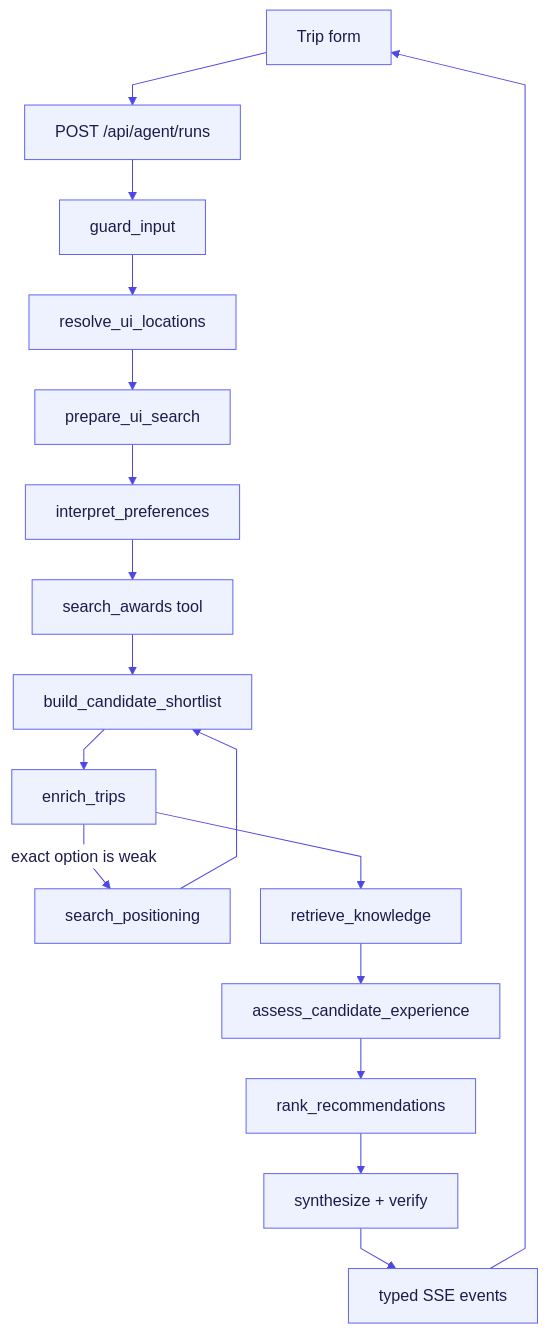
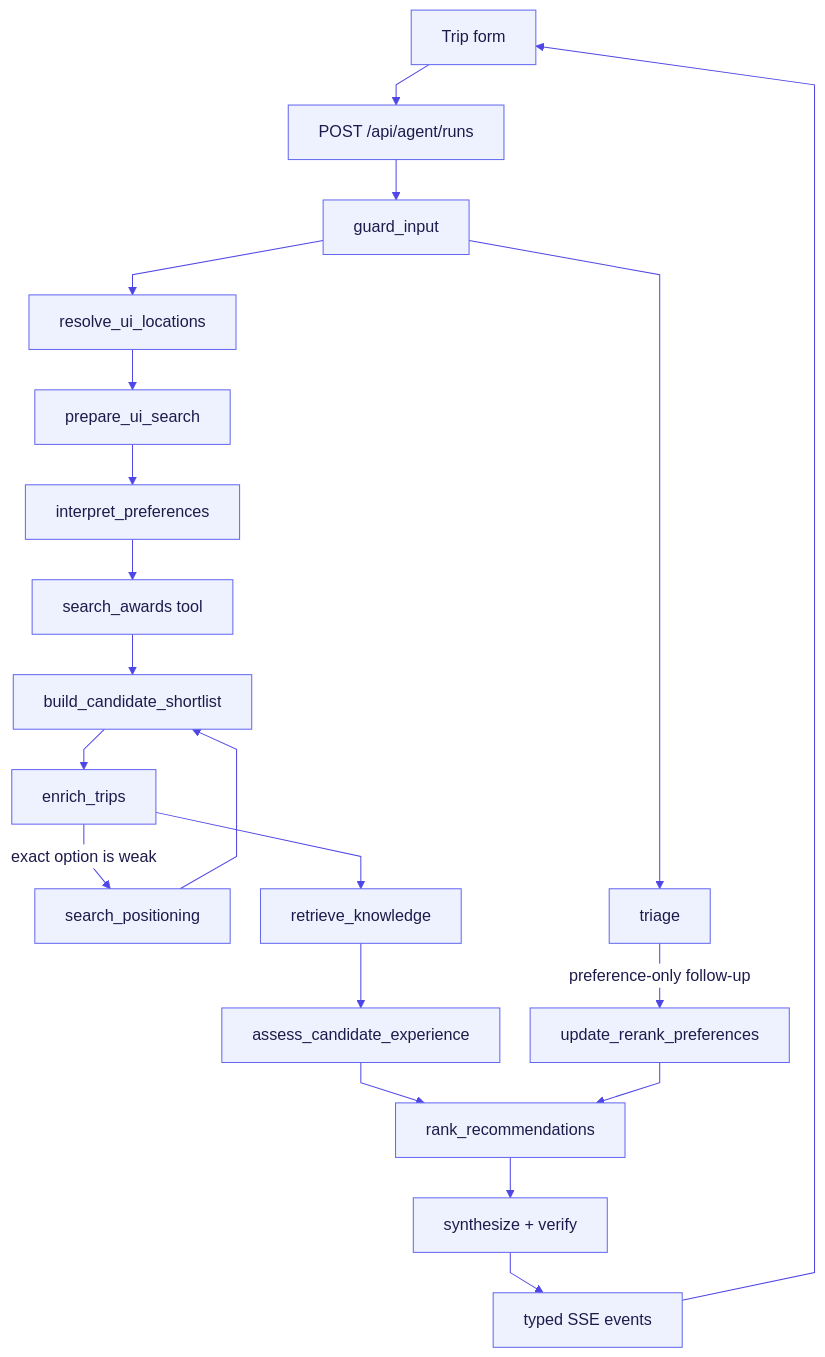
Before and after one commit to david-vest/award-travel-agent: the diagram in README.md, drawn with Mermaid. The commit also changed other lines of this file and 30 other files, not shown here.

Commit message:
feat: implement preference-only reranking to update results without triggering a new provider search

````diff
--- a/README.md
+++ b/README.md
@@ -44,36 +44,39 @@
 ```mermaid
 %%{init: {
   'theme': 'base',
   'themeVariables': {
     'primaryColor': '#eef2ff',
     'primaryTextColor': '#1e1b4b',
     'primaryBorderColor': '#6366f1',
     'lineColor': '#4f46e5',
     'textColor': '#1e1b4b',
     'edgeLabelBackground': '#ffffff',
     'fontSize': '16px'
   },
   'flowchart': {
     'nodeSpacing': 30,
     'rankSpacing': 40,
     'curve': 'linear'
   }
 }}%%
 flowchart TD
   UI["Trip form"] --> API["POST /api/agent/runs"]
   API --> Guard["guard_input"]
   Guard --> Resolve["resolve_ui_locations"]
   Resolve --> Form["prepare_ui_search"]
   Form --> Preferences["interpret_preferences"]
   Preferences --> Search["search_awards tool"]
   Search --> Shortlist["build_candidate_shortlist"]
   Shortlist --> Enrich["enrich_trips"]
   Enrich -->|"exact option is weak"| Position["search_positioning"]
   Position --> Shortlist
   Enrich --> RAG["retrieve_knowledge"]
   RAG --> Assess["assess_candidate_experience"]
   Assess --> Rank["rank_recommendations"]
+  Guard --> Triage["triage"]
+  Triage -->|"preference-only follow-up"| Rerank["update_rerank_preferences"]
+  Rerank --> Rank
   Rank --> Synthesize["synthesize + verify"]
   Synthesize --> SSE["typed SSE events"]
   SSE --> UI
 ```
````
